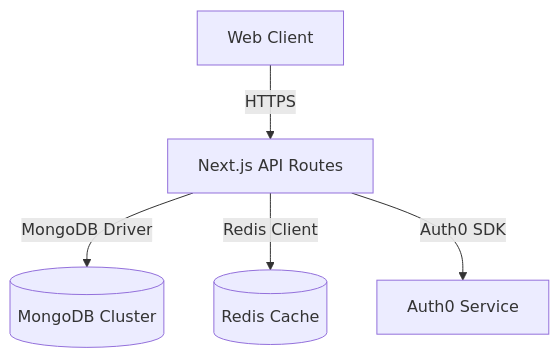
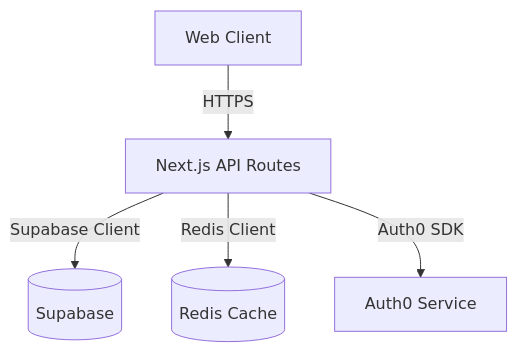
The first of 2 diagrams in src/app/content/blog/application-architecture-overview.mdx (johnwesleyquintero/scalesmart), drawn with Mermaid before and after one commit. The commit also changed other lines of this file and 13 other files, not shown here.

First line of the commit message:
refactor: migrate from MongoDB to Supabase for database operations

````diff
--- a/src/app/content/blog/application-architecture-overview.mdx
+++ b/src/app/content/blog/application-architecture-overview.mdx
@@ -14,7 +14,7 @@
 ```mermaid
 flowchart TD
     Client[Web Client] -->|HTTPS| API[Next.js API Routes]
-    API -->|MongoDB Driver| DB[(MongoDB Cluster)]
+    API -->|Supabase Client| DB[(Supabase)]
     API -->|Redis Client| Cache[(Redis Cache)]
     API -->|Auth0 SDK| Auth[Auth0 Service]
 ```
````
